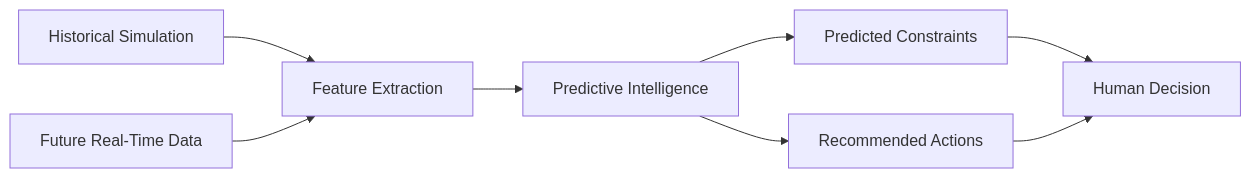
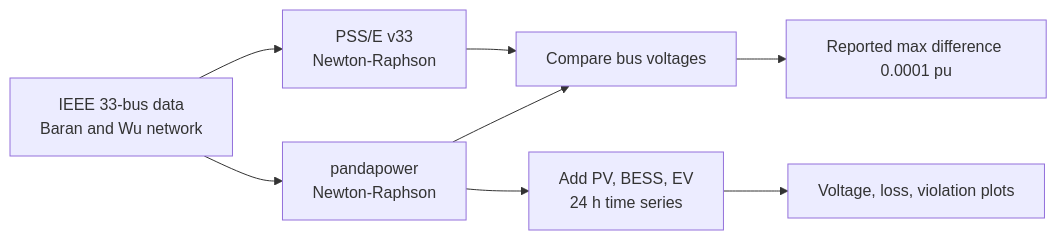
The fifth of 5 diagrams in README.md (codedbydollys10/GridTwin), drawn with Mermaid before and after one commit. The commit also changed other lines of this file, not shown here.

Commit message:
Updated Readme with added features

````diff
--- a/README.md
+++ b/README.md
@@ -498,18 +606,10 @@
 ```mermaid
 flowchart LR
-    HIST["Historical Simulation"]
-    LIVE["Future Real-Time Data"]
-    FEATURES["Feature Extraction"]
-    ML["Predictive Intelligence"]
-    PRED["Predicted Constraints"]
-    REC["Recommended Actions"]
-    USER["Human Decision"]
-
-    HIST --> FEATURES
-    LIVE --> FEATURES
-    FEATURES --> ML
-    ML --> PRED
-    ML --> REC
-    PRED --> USER
-    REC --> USER
+    D["IEEE 33-bus data<br/>Baran and Wu network"] --> PP["pandapower<br/>Newton-Raphson"]
+    D --> PS["PSS/E v33<br/>Newton-Raphson"]
+    PP --> CMP["Compare bus voltages"]
+    PS --> CMP
+    CMP --> OK["Reported max difference 0.0001 pu"]
+    PP --> DER["Add PV, BESS, EV<br/>24 h time series"]
+    DER --> R["Voltage, loss, violation plots"]
 ```
````
